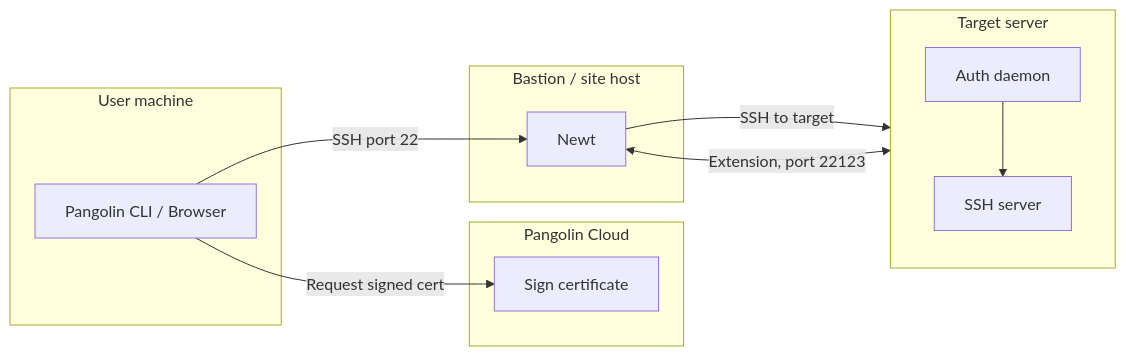
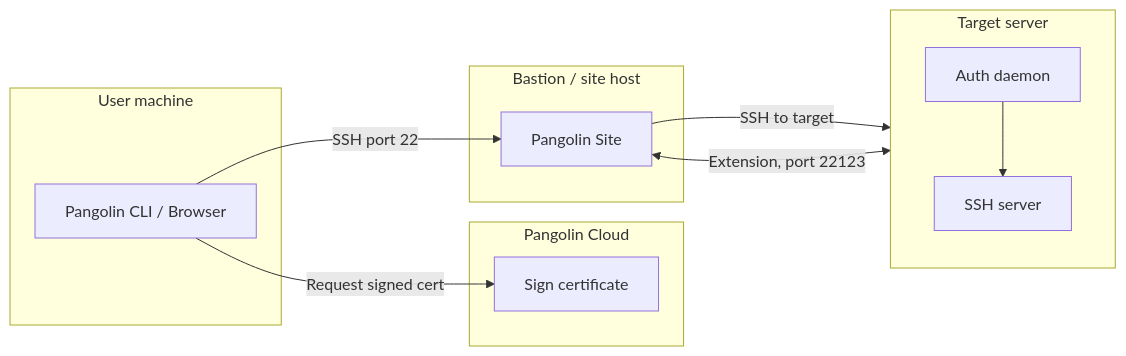
The second of 2 diagrams in manage/ssh.mdx (fosrl/docs-v2), drawn with Mermaid before and after one commit. The commit also changed other lines of this file and 22 other files, not shown here.

Commit message:
update references from newt to pangolin site

````diff
--- a/manage/ssh.mdx
+++ b/manage/ssh.mdx
@@ -219,26 +220,26 @@
 ```mermaid
 flowchart LR
   subgraph client["User machine"]
     CLI[Pangolin CLI / Browser]
   end
 
   subgraph cloud["Pangolin Cloud"]
     CA[Sign certificate]
   end
 
   subgraph bastion["Bastion / site host"]
-    Newt[Newt]
+    Site[Pangolin Site]
   end
 
   subgraph target["Target server"]
     direction TB
     AuthDaemon[Auth daemon]
     SSHD[SSH server]
     AuthDaemon --> SSHD
   end
 
   CLI -->|Request signed cert| CA
-  CLI -->|SSH port 22| Newt
-  Newt -->|SSH to target| SSHD
-  Newt <-->|Extension, port 22123| AuthDaemon
+  CLI -->|SSH port 22| Site
+  Site -->|SSH to target| SSHD
+  Site <-->|Extension, port 22123| AuthDaemon
 ```
````
